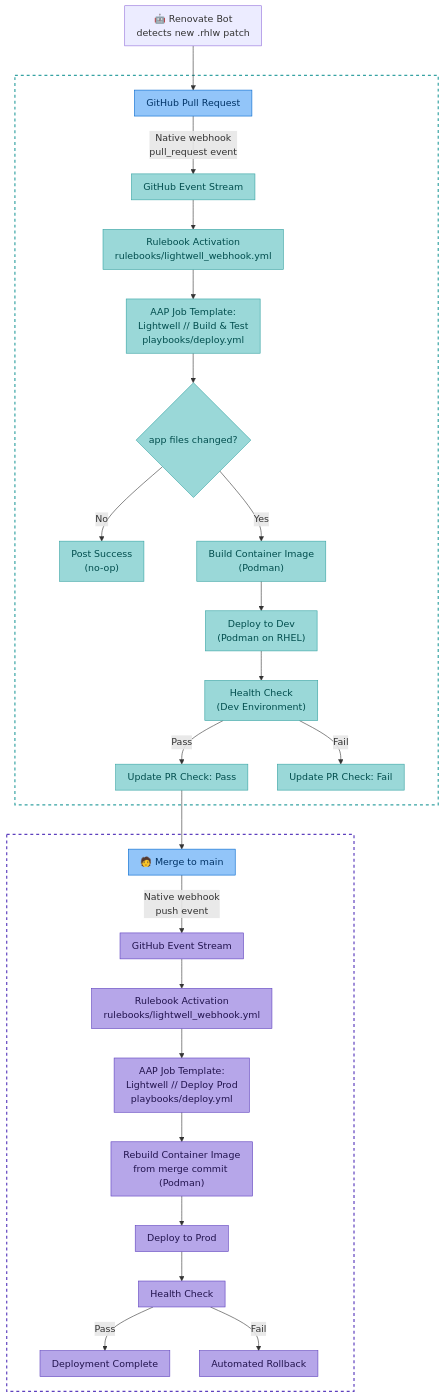
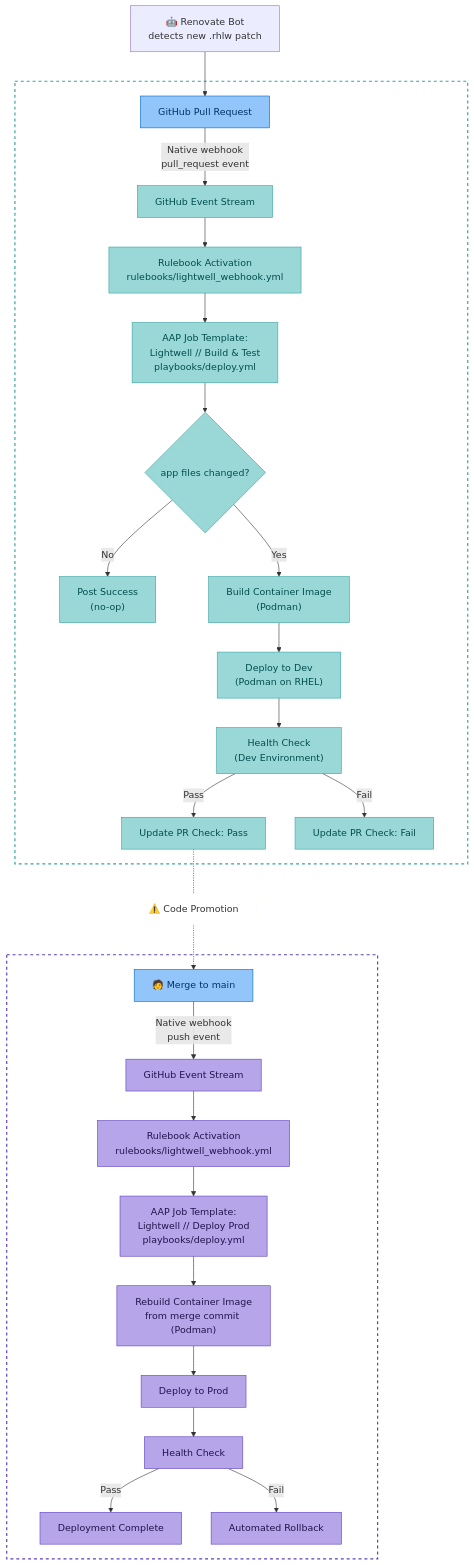
The diagram in README.md (zjleblanc/ansible-lightwell-apps), drawn with Mermaid before and after one commit.

Commit message:
add transition node

````diff
--- a/README.md
+++ b/README.md
@@ -32,42 +32,45 @@
 ```mermaid
-%%{init: {'flowchart': {'padding': 10}}}%%
 flowchart TD
     classDef dev fill:#9ad8d8,stroke:#37a3a3,color:#004d4d
     classDef prod fill:#b6a6e9,stroke:#5e40be,color:#21134d
     classDef action fill:#92c5f9,stroke:#0066cc,color:#003366
+    classDef transition fill:none,stroke:#fff4cc,stroke-dasharray: 1 3
 
     DetectPatch["🤖 Renovate Bot\ndetects new .rhlw patch"] --> GitHubPR
 
     subgraph DevStage [" "]
         GitHubPR["GitHub Pull Request"]
         GitHubPR -->|"Native webhook\npull_request event"| EventStreamPR["GitHub Event Stream"]
         EventStreamPR --> RulebookPR["Rulebook Activation\nrulebooks/lightwell_webhook.yml"]
         RulebookPR --> DeployDevPlaybook["AAP Job Template:\nLightwell // Build & Test\nplaybooks/deploy.yml"]
         DeployDevPlaybook --> PathFilter{"app files changed?"}
         PathFilter -->|"No"| Skip["Post Success\n(no-op)"]
         PathFilter -->|"Yes"| BuildImg["Build Container Image\n(Podman)"]
         BuildImg --> DeployTest["Deploy to Dev\n(Podman on RHEL)"]
         DeployTest --> HealthTest["Health Check\n(Dev Environment)"]
         HealthTest -->|"Pass"| ApprovePR["Update PR Check: Pass"]
         HealthTest -->|"Fail"| FailPR["Update PR Check: Fail"]
     end
 
+    ApprovePR -.- DevToProd["⚠️ Code Promotion"]
+    DevToProd -.-> MergeMain["🧑 Merge to main"]
+
     subgraph ProdStage [" "]
-        ApprovePR --> MergeMain["🧑 Merge to main"]
         MergeMain -->|"Native webhook\npush event"| EventStreamPush["GitHub Event Stream"]
         EventStreamPush --> RulebookPush["Rulebook Activation\nrulebooks/lightwell_webhook.yml"]
         RulebookPush --> DeployProdPlaybook["AAP Job Template:\nLightwell // Deploy Prod\nplaybooks/deploy.yml"]
         DeployProdPlaybook --> BuildImgProd["Rebuild Container Image\nfrom merge commit (Podman)"]
         BuildImgProd --> DeployProd["Deploy to Prod"]
         DeployProd --> HealthProd["Health Check"]
         HealthProd -->|"Pass"| Done["Deployment Complete"]
         HealthProd -->|"Fail"| Rollback["Automated Rollback"]
     end
 
     style DevStage fill:none,stroke:#37a3a3,stroke-dasharray:5 5,stroke-width:2px
     style ProdStage fill:none,stroke:#5e40be,stroke-dasharray:5 5,stroke-width:2px
 
     class EventStreamPR,RulebookPR,DeployDevPlaybook,PathFilter,Skip,BuildImg,DeployTest,HealthTest,ApprovePR,FailPR dev
     class EventStreamPush,RulebookPush,DeployProdPlaybook,BuildImgProd,DeployProd,HealthProd,Done,Rollback prod
     class GitHubPR,MergeMain action
+    class DevToProd transition
 ```
````
